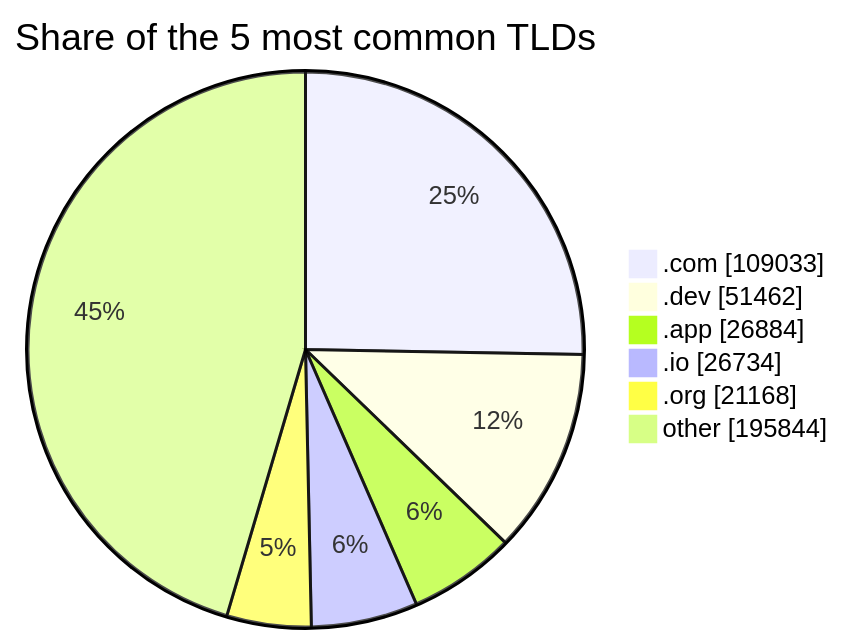
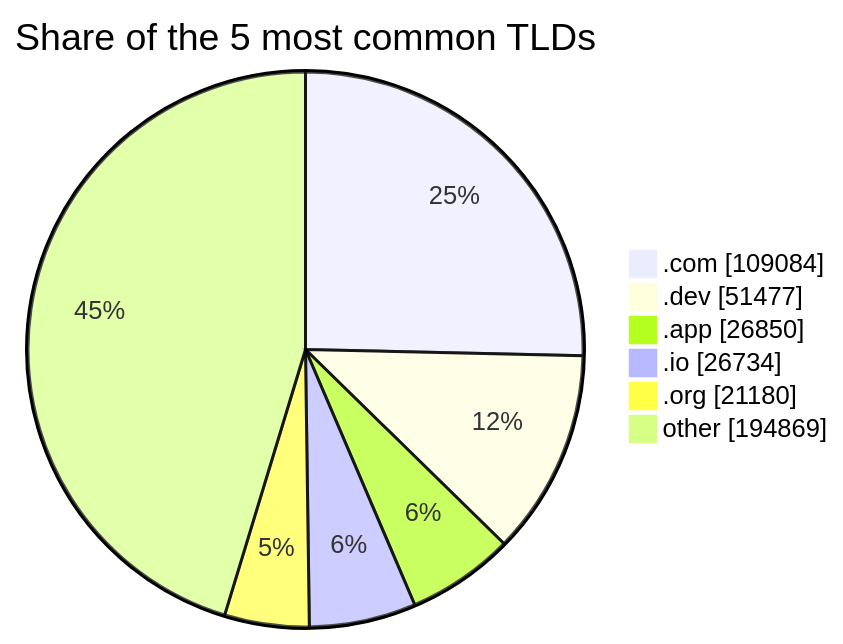
The third of 3 diagrams in README.md (DNSBunker/CTI), drawn with Mermaid before and after one commit. The commit also changed other lines of this file and 3 other files, not shown here.

````diff
--- a/README.md
+++ b/README.md
@@ -81,9 +81,9 @@
 ```mermaid
 pie showData title Share of the 5 most common TLDs
-    ".com" : 109033
-    ".dev" : 51462
-    ".app" : 26884
+    ".com" : 109084
+    ".dev" : 51477
+    ".app" : 26850
     ".io" : 26734
-    ".org" : 21168
-    "other" : 195844
+    ".org" : 21180
+    "other" : 194869
 ```
````
